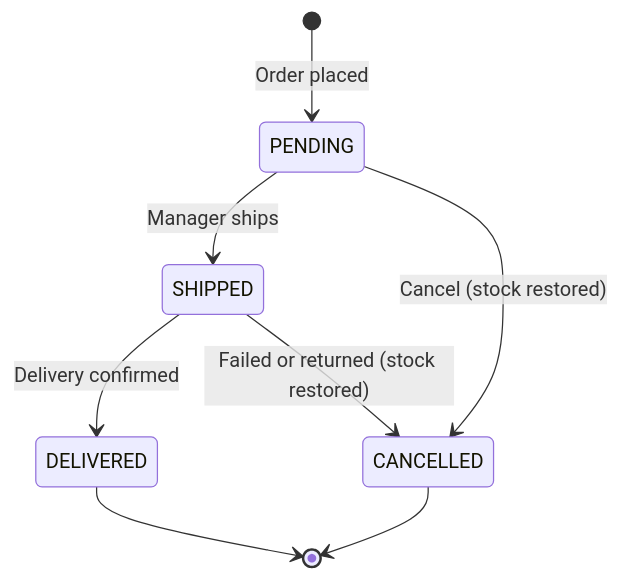
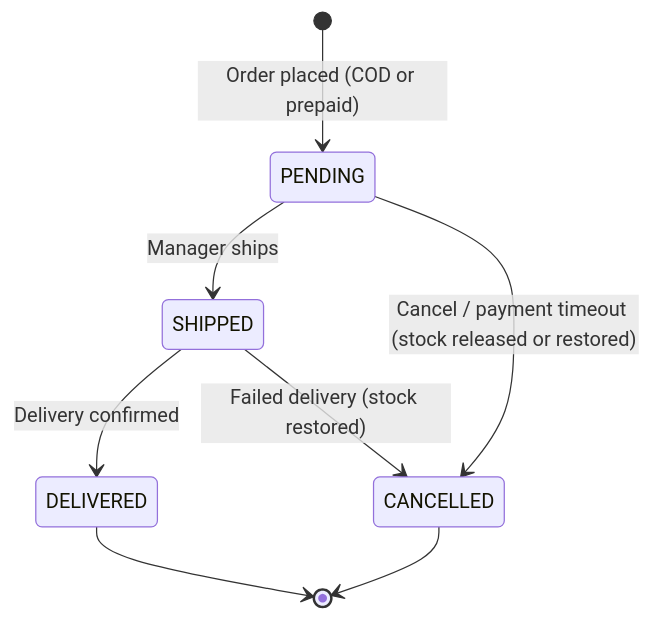
Before and after one commit to Habibul-Bashar-Mehedi/stitch-style: the seventh of 10 diagrams in stitch&style-prd.md, drawn with Mermaid. The commit also changed other lines of this file and 2 other files, not shown here.

````diff
--- a/stitch&style-prd.md
+++ b/stitch&style-prd.md
@@ -762,10 +1260,10 @@
 ```mermaid
 stateDiagram-v2
-    [*] --> PENDING : Order placed
+    [*] --> PENDING : Order placed (COD or prepaid)
     PENDING --> SHIPPED : Manager ships
-    PENDING --> CANCELLED : Cancel (stock restored)
+    PENDING --> CANCELLED : Cancel / payment timeout (stock released or restored)
     SHIPPED --> DELIVERED : Delivery confirmed
-    SHIPPED --> CANCELLED : Failed or returned (stock restored)
+    SHIPPED --> CANCELLED : Failed delivery (stock restored)
     DELIVERED --> [*]
     CANCELLED --> [*]
 ```
````
